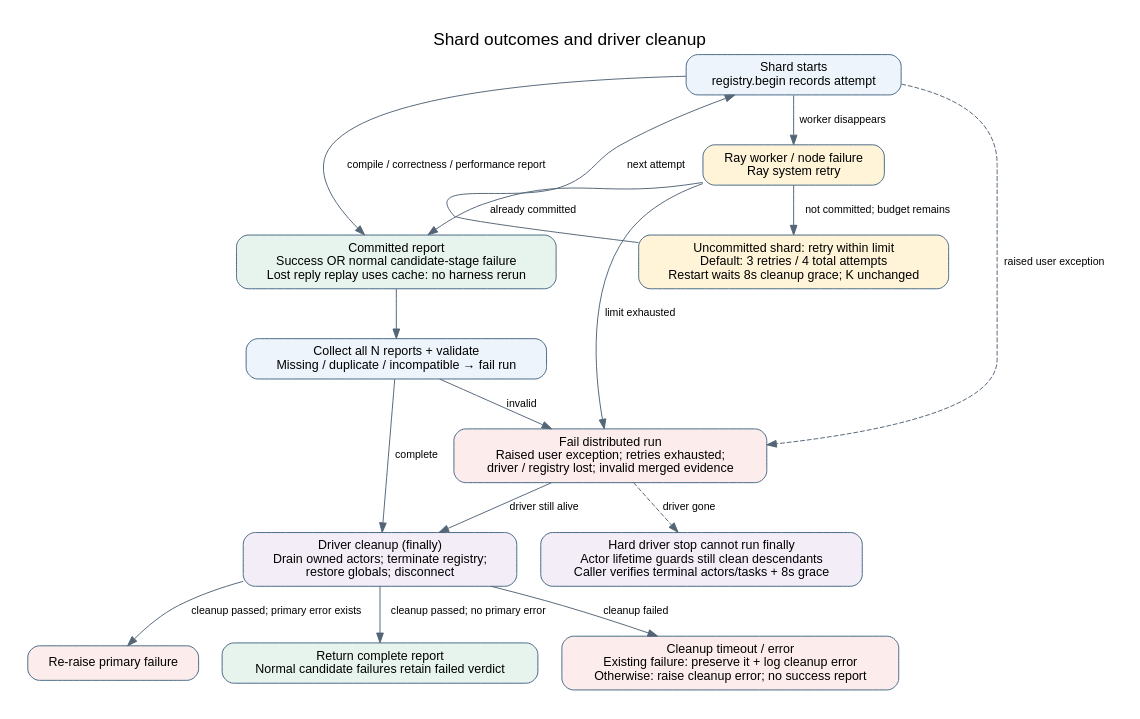
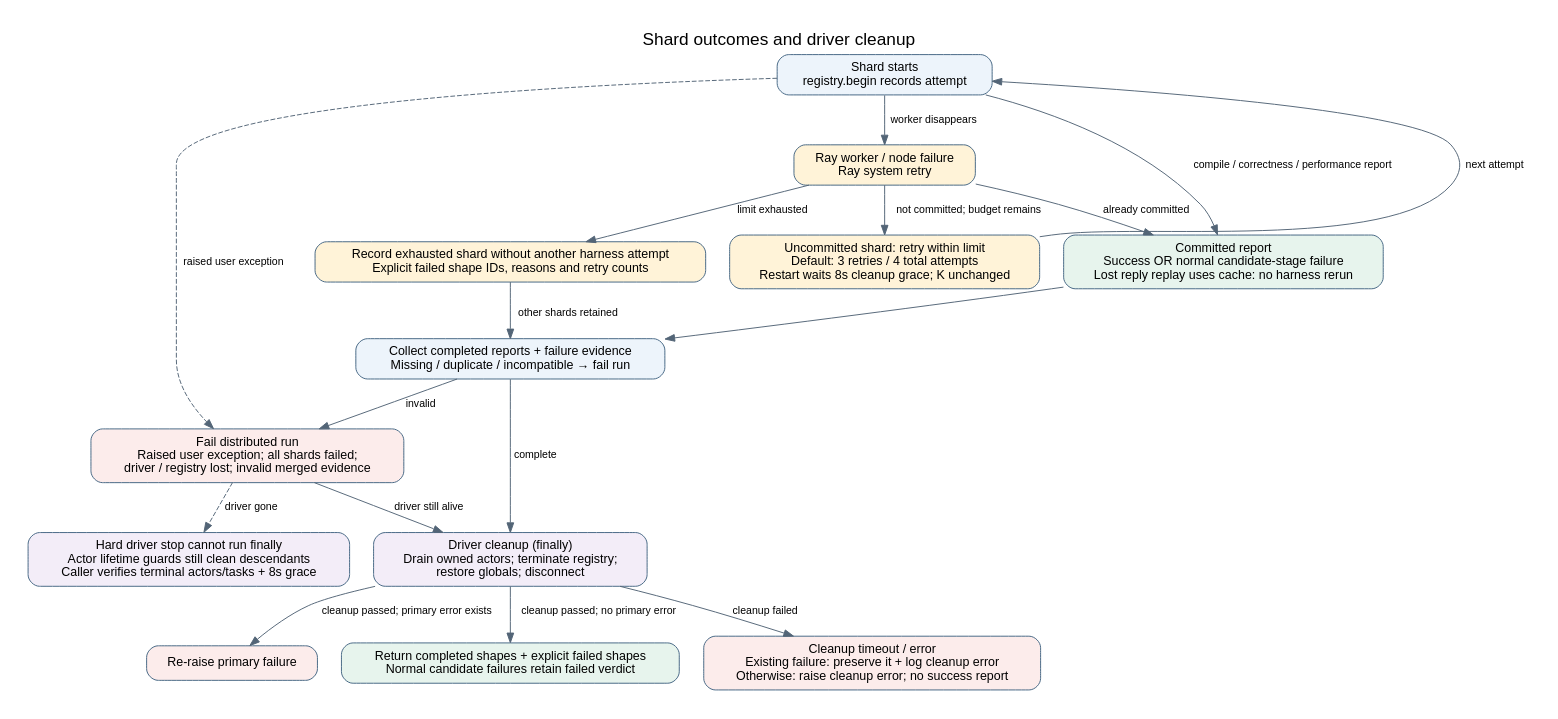
The diagram in docs/diagrams/ray-data-failures.dot (alibaba/atrex-bench), drawn with Graphviz before and after one commit. The commit also changed 7 other files, not shown here.

First line of the commit message:
feat(ray-data): support selected shapes and partial shard failures

```diff
--- a/docs/diagrams/ray-data-failures.dot
+++ b/docs/diagrams/ray-data-failures.dot
@@ -1,33 +1,35 @@
 digraph failures {
   graph [rankdir=TB, bgcolor="white", pad=0.3, nodesep=0.35, ranksep=0.55,
          fontname="Helvetica", fontsize=18, label="Shard outcomes and driver cleanup", labelloc=t];
   node [shape=box, style="rounded,filled", fillcolor="#edf4fb", color="#446683",
         fontname="Helvetica", fontsize=13, margin="0.15,0.10"];
   edge [fontname="Helvetica", fontsize=11, color="#536577"];
   running [label="Shard starts\nregistry.begin records attempt"];
   lost [label="Ray worker / node failure\nRay system retry", fillcolor="#fff3d8"];
   retry [label="Uncommitted shard: retry within limit\nDefault: 3 retries / 4 total attempts\nRestart waits 8s cleanup grace; K unchanged", fillcolor="#fff3d8"];
   committed [label="Committed report\nSuccess OR normal candidate-stage failure\nLost reply replay uses cache: no harness rerun", fillcolor="#e7f4ed"];
-  merge [label="Collect all N reports + validate\nMissing / duplicate / incompatible → fail run"];
-  fail [label="Fail distributed run\nRaised user exception; retries exhausted;\ndriver / registry lost; invalid merged evidence", fillcolor="#fceceb"];
+  merge [label="Collect completed reports + failure evidence\nMissing / duplicate / incompatible → fail run"];
+  exhausted [label="Record exhausted shard without another harness attempt\nExplicit failed shape IDs, reasons and retry counts", fillcolor="#fff3d8"];
+  fail [label="Fail distributed run\nRaised user exception; all shards failed;\ndriver / registry lost; invalid merged evidence", fillcolor="#fceceb"];
   cleanup [label="Driver cleanup (finally)\nDrain owned actors; terminate registry;\nrestore globals; disconnect", fillcolor="#f3edf8"];
   primary [label="Re-raise primary failure", fillcolor="#fceceb"];
-  result [label="Return complete report\nNormal candidate failures retain failed verdict", fillcolor="#e7f4ed"];
+  result [label="Return completed shapes + explicit failed shapes\nNormal candidate failures retain failed verdict", fillcolor="#e7f4ed"];
   error [label="Cleanup timeout / error\nExisting failure: preserve it + log cleanup error\nOtherwise: raise cleanup error; no success report", fillcolor="#fceceb"];
   hard [label="Hard driver stop cannot run finally\nActor lifetime guards still clean descendants\nCaller verifies terminal actors/tasks + 8s grace", fillcolor="#f3edf8"];
   running -> committed [label="compile / correctness / performance report"];
   running -> lost [label="worker disappears"];
   lost -> committed [label="already committed"];
   lost -> retry [label="not committed; budget remains"];
   retry -> running [label="next attempt", constraint=false];
-  lost -> fail [label="limit exhausted"];
+  lost -> exhausted [label="limit exhausted"];
+  exhausted -> merge [label="other shards retained"];
   running -> fail [label="raised user exception", style=dashed];
   committed -> merge;
   merge -> cleanup [label="complete"];
   merge -> fail [label="invalid"];
   fail -> cleanup [label="driver still alive"];
   cleanup -> primary [label="cleanup passed; primary error exists"];
   cleanup -> result [label="cleanup passed; no primary error"];
   cleanup -> error [label="cleanup failed"];
   fail -> hard [style=dashed, label="driver gone"];
 }
```
